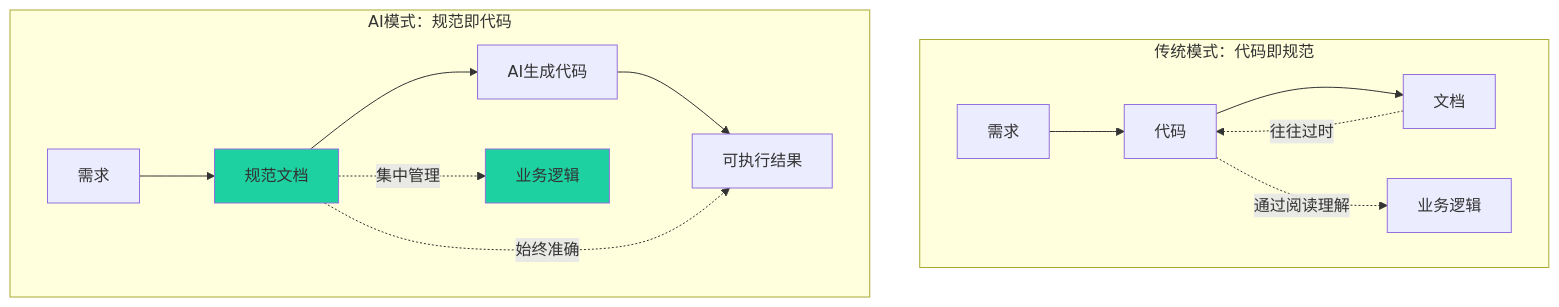
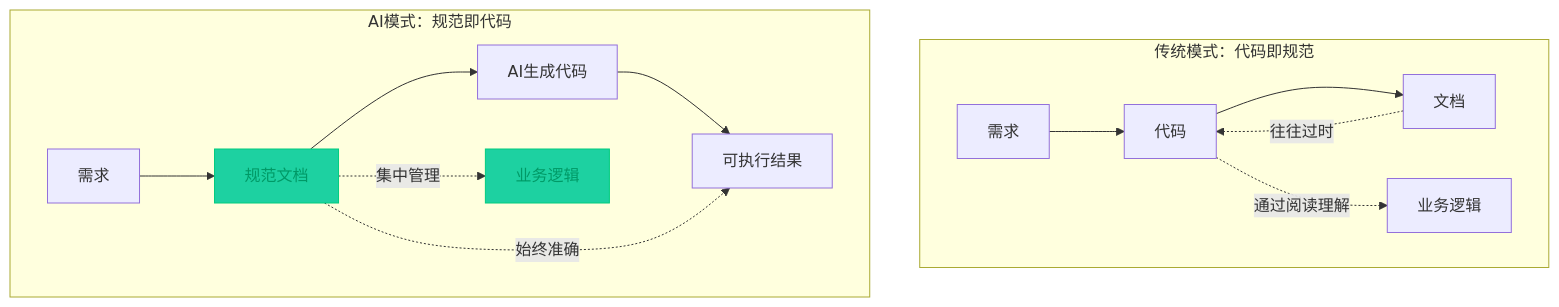
The sixth of 10 diagrams in _posts/2025-08-01-ai-coding-paradigms.md (FreezeSoul/freezesoul.github.com), drawn with Mermaid before and after one commit. The commit also changed other lines of this file and 9 other files, not shown here.

Commit message:
修正mermaid配色与要求

````diff
--- a/_posts/2025-08-01-ai-coding-paradigms.md
+++ b/_posts/2025-08-01-ai-coding-paradigms.md
@@ -471,20 +471,20 @@
 ```mermaid
 graph TD
     subgraph "传统模式：代码即规范"
         A1[需求] --> A2[代码]
         A2 --> A3[文档]
         A3 -.->|往往过时| A2
         A2 -.->|通过阅读理解| A4[业务逻辑]
     end
 
     subgraph "AI模式：规范即代码"
         B1[需求] --> B2[规范文档]
         B2 --> B3[AI生成代码]
         B3 --> B4[可执行结果]
         B2 -.->|始终准确| B4
         B2 -.->|集中管理| B5[业务逻辑]
     end
 
-    style B2 fill:#1dd1a1
-    style B5 fill:#1dd1a1
+    style B2 fill:#1dd1a1,stroke:#00cc7f,color:#009966
+    style B5 fill:#1dd1a1,stroke:#00cc7f,color:#009966
 ```
````
